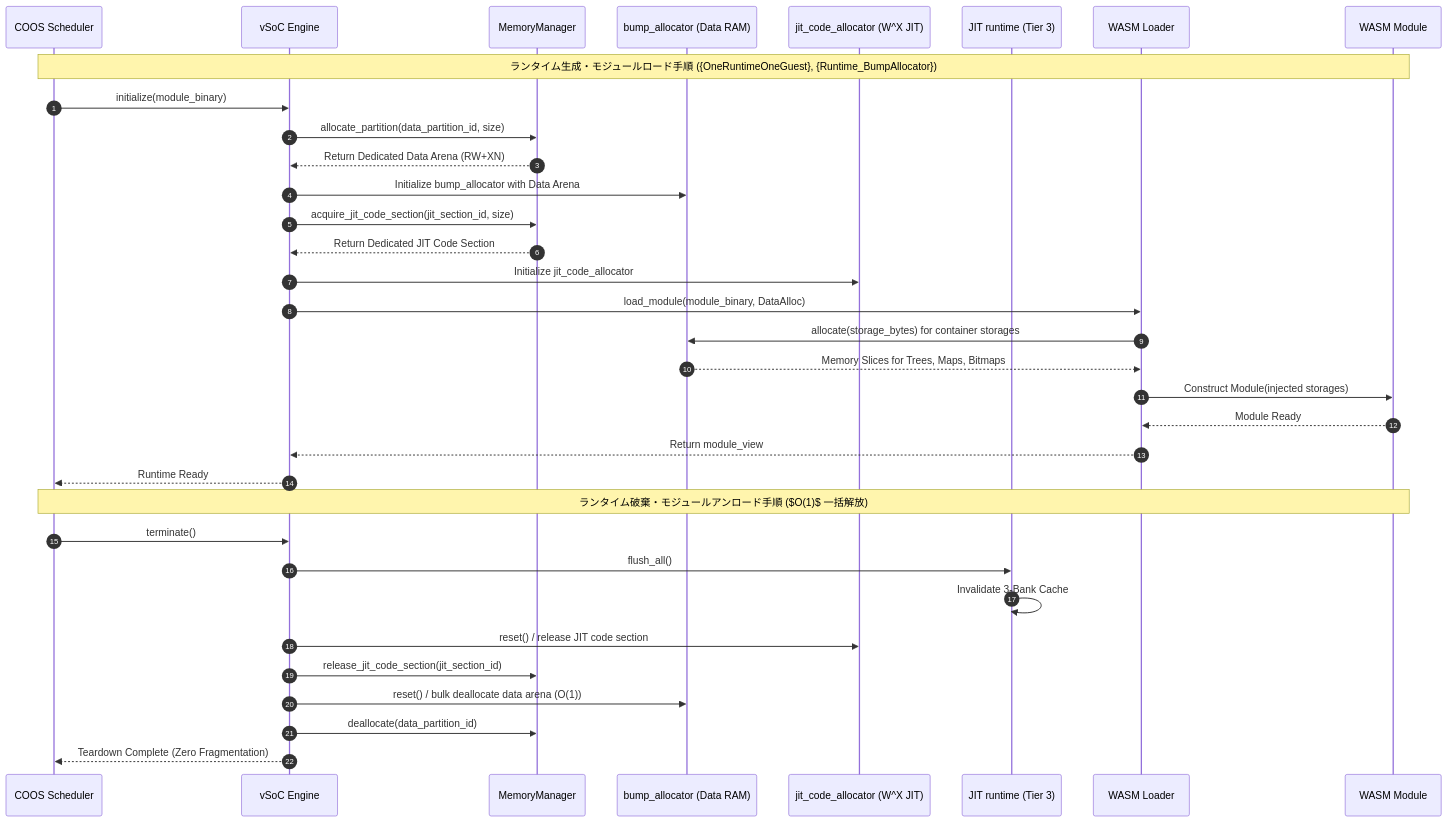
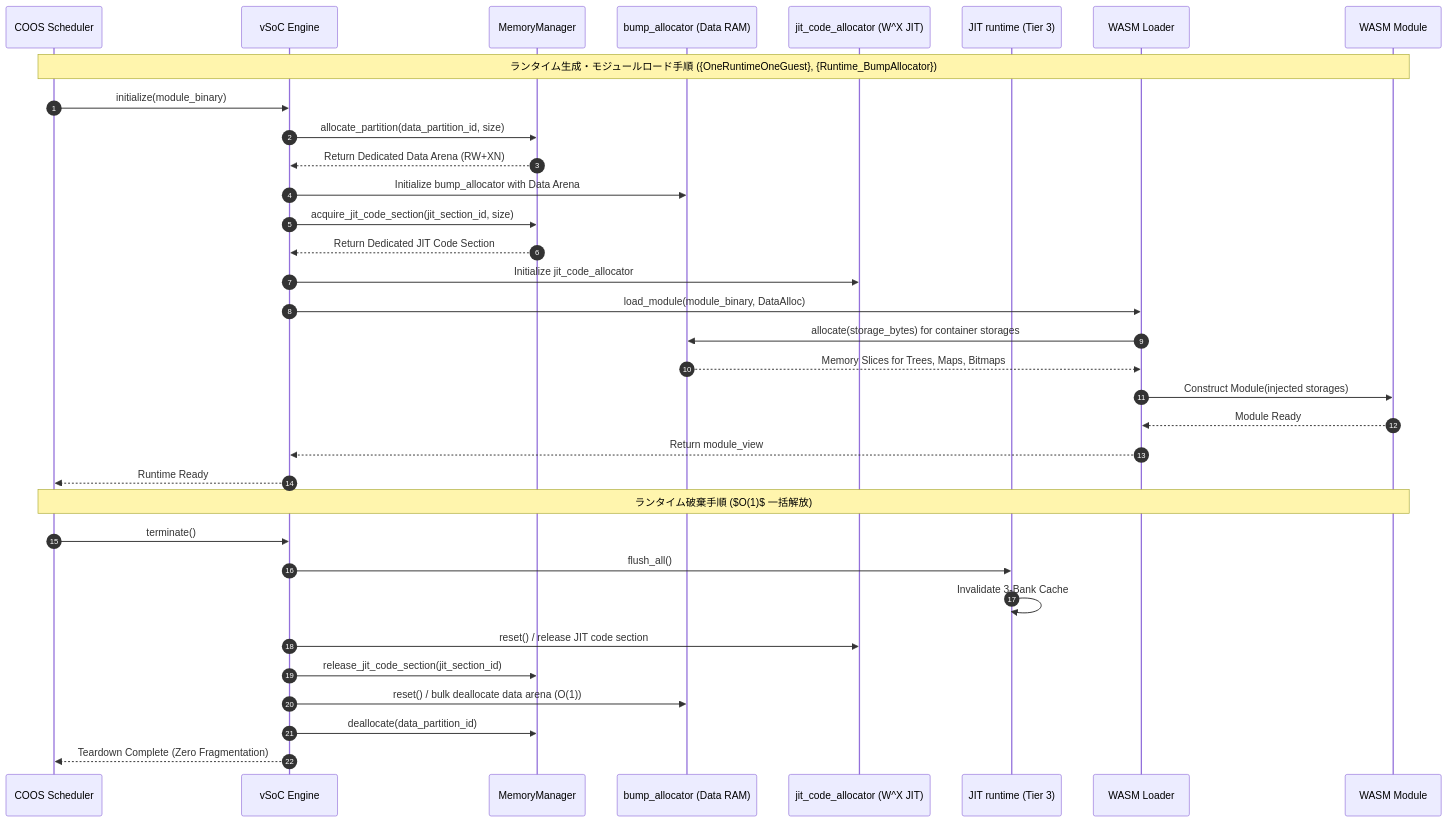
Before and after one commit to kmt-t/fireball: the second of 7 diagrams in docs/components/tier2_runtime/runtime_vsoc.md, drawn with Mermaid. The commit also changed other lines of this file and 36 other files, not shown here.

````diff
--- a/docs/components/tier2_runtime/runtime_vsoc.md
+++ b/docs/components/tier2_runtime/runtime_vsoc.md
@@ -154,38 +164,38 @@
 ```mermaid
 sequenceDiagram
     autonumber
     participant Sched as COOS Scheduler
     participant vSoC as vSoC Engine
     participant Mem as MemoryManager
     participant DataAlloc as bump_allocator (Data RAM)
     participant JitAlloc as jit_code_allocator (W^X JIT)
     participant JitRuntime as JIT runtime (Tier 3)
     participant Loader as WASM Loader
     participant Mod as WASM Module
 
     Note over Sched,Mod: ランタイム生成・モジュールロード手順 ({OneRuntimeOneGuest}, {Runtime_BumpAllocator})
     Sched->>vSoC: initialize(module_binary)
     vSoC->>Mem: allocate_partition(data_partition_id, size)
     Mem-->>vSoC: Return Dedicated Data Arena (RW+XN)
     vSoC->>DataAlloc: Initialize bump_allocator with Data Arena
     vSoC->>Mem: acquire_jit_code_section(jit_section_id, size)
     Mem-->>vSoC: Return Dedicated JIT Code Section
     vSoC->>JitAlloc: Initialize jit_code_allocator
     vSoC->>Loader: load_module(module_binary, DataAlloc)
     Loader->>DataAlloc: allocate(storage_bytes) for container storages
     DataAlloc-->>Loader: Memory Slices for Trees, Maps, Bitmaps
     Loader->>Mod: Construct Module(injected storages)
     Mod-->>Loader: Module Ready
     Loader-->>vSoC: Return module_view
     vSoC-->>Sched: Runtime Ready
 
-    Note over Sched,Mod: ランタイム破棄・モジュールアンロード手順 ($O(1)$ 一括解放)
+    Note over Sched,Mod: ランタイム破棄手順 ($O(1)$ 一括解放)
     Sched->>vSoC: terminate()
     vSoC->>JitRuntime: flush_all()
     JitRuntime->>JitRuntime: Invalidate 3-Bank Cache
     vSoC->>JitAlloc: reset() / release JIT code section
     vSoC->>Mem: release_jit_code_section(jit_section_id)
     vSoC->>DataAlloc: reset() / bulk deallocate data arena (O(1))
     vSoC->>Mem: deallocate(data_partition_id)
     vSoC-->>Sched: Teardown Complete (Zero Fragmentation)
 ```
````
